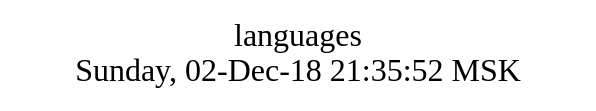
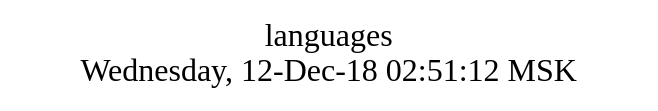
The diagram in other/exchange/languages/struct.dot (AplaProject/apps), drawn with Graphviz before and after one commit. The commit also changed 5 other files, not shown here.

```diff
--- a/other/exchange/languages/struct.dot
+++ b/other/exchange/languages/struct.dot
@@ -1,10 +1,10 @@
 digraph G {
 graph [
   fontsize="24";
-  label="languages\nSunday, 02-Dec-18 21:35:52 MSK";
+  label="languages\nWednesday, 12-Dec-18 02:51:12 MSK";
   nojustify=true;
   ordering=out;
   rankdir=LR;
   size="30";
 ];
 }
```
